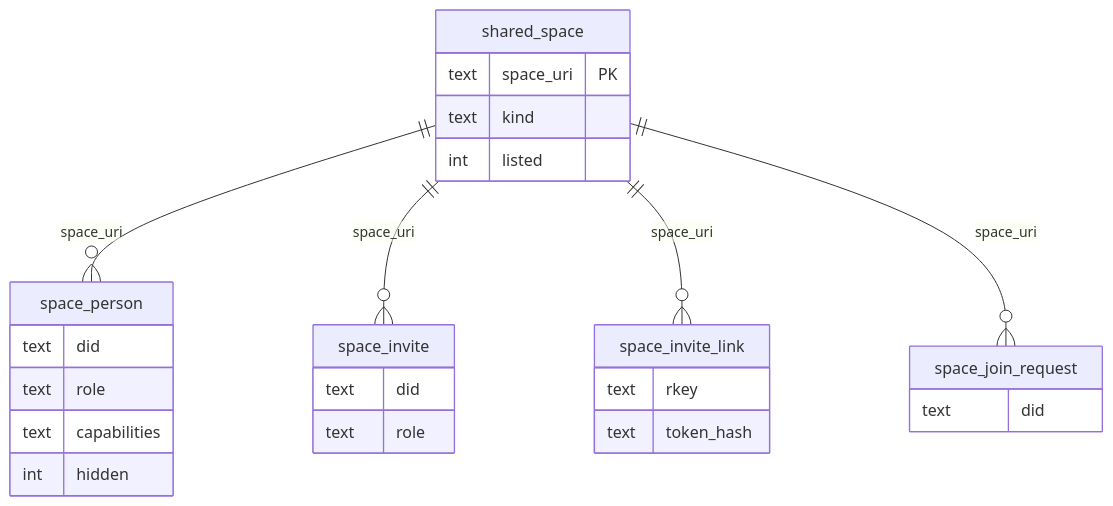
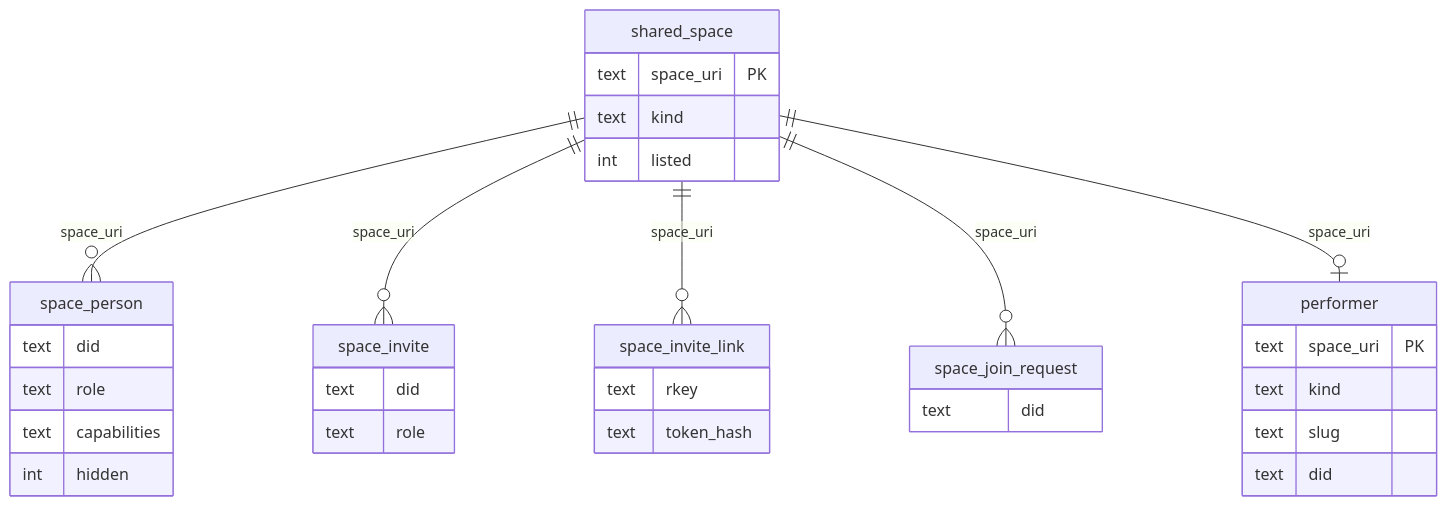
One commit to cutenode/localnetwork changed the ninth of 11 diagrams in apps/web/README.md. Above: the diagram before and after it, drawn with Mermaid. The commit also changed other lines of this file and 7 other files, not shown here.

First line of the commit message:
docs(web): bring the diagrams in line with main after the extraction PRs

````diff
--- a/apps/web/README.md
+++ b/apps/web/README.md
@@ -640,29 +640,36 @@
 ```mermaid
 erDiagram
   shared_space ||--o{ space_person : "space_uri"
   shared_space ||--o{ space_invite : "space_uri"
   shared_space ||--o{ space_invite_link : "space_uri"
   shared_space ||--o{ space_join_request : "space_uri"
+  shared_space ||--o| performer : "space_uri"
   shared_space {
     text space_uri PK
     text kind
     int listed
   }
   space_person {
     text did
     text role
     text capabilities
     int hidden
   }
   space_invite {
     text did
     text role
   }
   space_invite_link {
     text rkey
     text token_hash
   }
   space_join_request {
     text did
   }
+  performer {
+    text space_uri PK
+    text kind
+    text slug
+    text did
+  }
 ```
````
